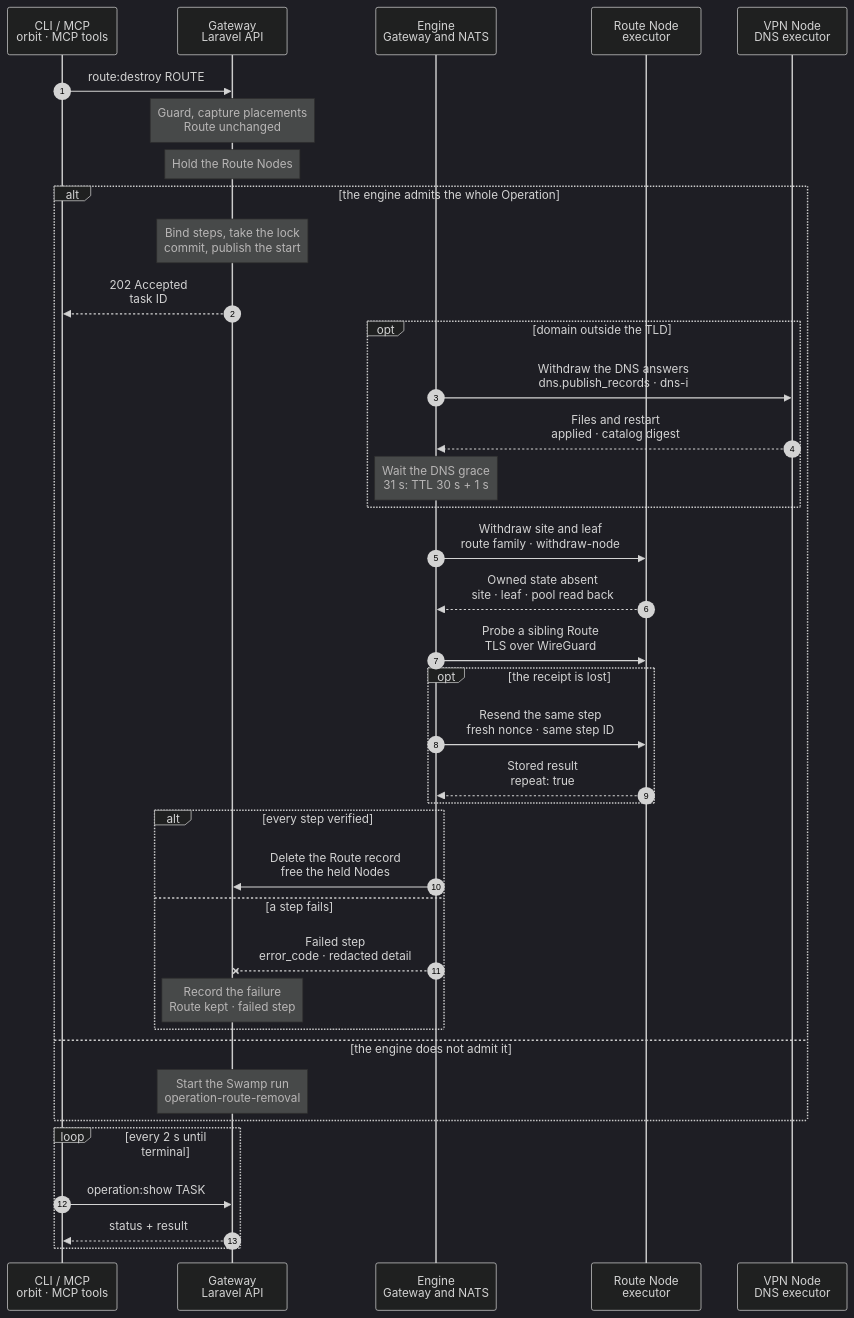
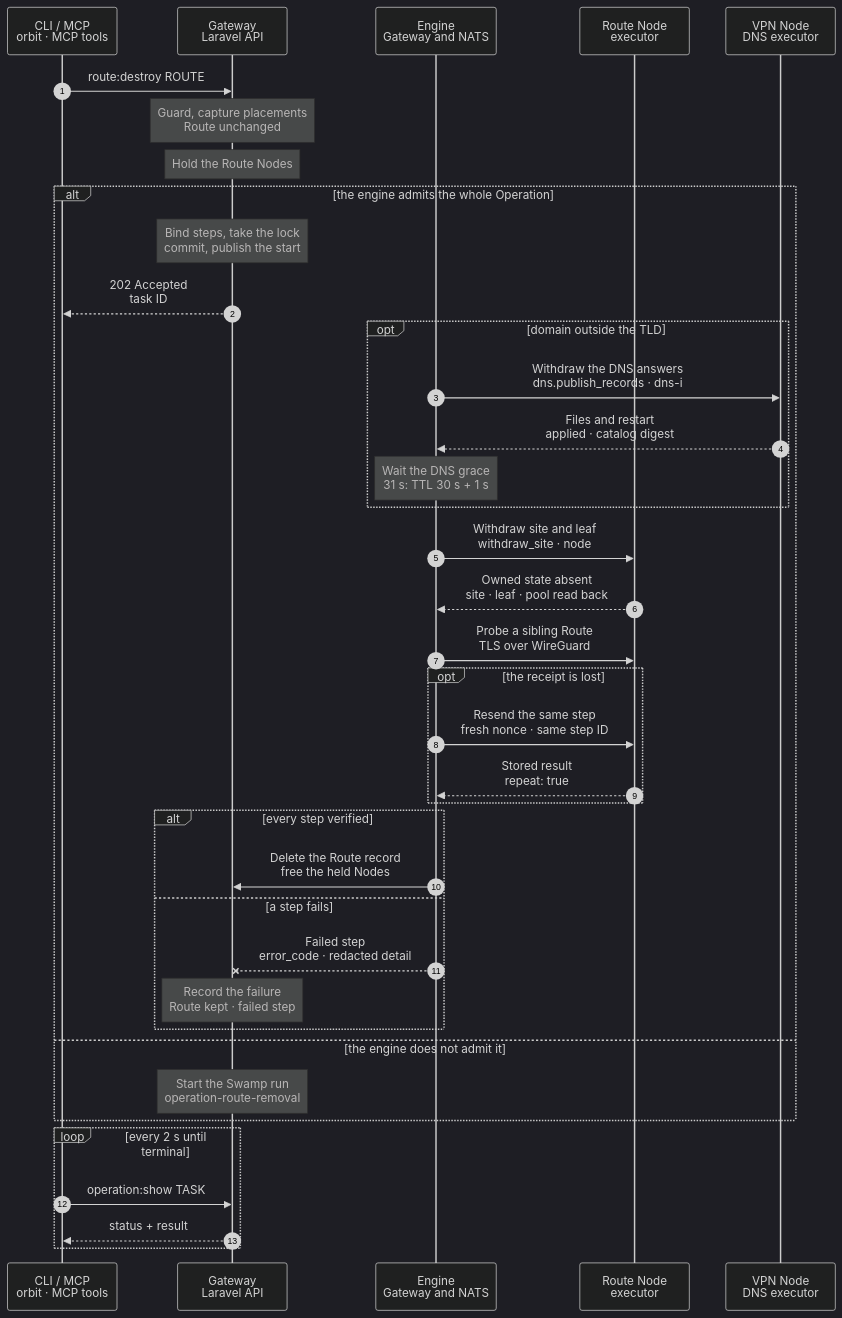
The diagram in docs/cli/route/engine/destroy.mmd (hardimpactdev/orbit), drawn with Mermaid (dark theme) before and after one commit. The commit also changed 26 other files, not shown here.

Commit message:
Run route.destroy on the signed executor: guarded DNS withdrawal, grace, site withdrawal and sibling probe

```diff
--- a/docs/cli/route/engine/destroy.mmd
+++ b/docs/cli/route/engine/destroy.mmd
@@ -1,80 +1,80 @@
 sequenceDiagram
-  %% route.destroy on the Gateway engine: the steps of route/destroy.mmd (workflow operation-route-removal) as `dns` and `route` family primitives. Design for ADR 0267 and ADR 0271; no engine flow exists yet. Step names describe effects; the implementation settles action names unless an existing action is named.
-  %% Reuses `dns.publish_records` for the DNS withdrawal; the site withdrawal is a new `route` family primitive that route/engine/update.mmd and the planned Route steps of instance/container/destroy-engine.mmd reuse.
-  %% status: draft
+  %% route.destroy on the Gateway engine: the steps of route/destroy.mmd (workflow operation-route-removal) as `dns` and `route` family primitives. Built for ADR 0267 and ADR 0271 (RouteDestroyEngineFlow); runtime proof pending.
+  %% Reuses `dns.publish_records` for the DNS withdrawal; the site withdrawal is `route.withdraw_site`, a `route` family primitive that route/engine/update.mmd and the planned Route steps of instance/container/destroy-engine.mmd reuse.
+  %% status: built
   %% command: route:destroy
   %% kind: route.destroy
   autonumber
   %% lane CLI icon=terminal pill=caller tone=gray
   %% lane GW icon=gateway pill=intent tone=blue
   %% lane EN icon=workflow pill=engine tone=purple
   %% lane N icon=server pill=executor tone=amber
   %% lane V icon=server pill=executor tone=green
   participant CLI as CLI / MCP<br/>orbit · MCP tools
   participant GW as Gateway<br/>Laravel API
   participant EN as Engine<br/>Gateway and NATS
   participant N as Route Node<br/>executor
   participant V as VPN Node<br/>DNS executor
   CLI->>GW: route:destroy ROUTE
   Note over GW: Guard, capture placements<br/>Route unchanged
   %%> Same guards and captured states as route/destroy.mmd
   Note over GW: Hold the Route Nodes
   %%> Same hold as Swamp: each Node that serves the site, from admission to the terminal state; a second Route write on one of them waits
   alt the engine admits the whole Operation
     %%> Admission, one decision per Operation (EngineKinds::routes):
     %%> - `route.destroy` is in `ORBIT_ENGINE_KINDS`
-    %%> - every Node a step touches reports its action in `$KV.NODES`: `dns.publish_records` (exists) on each VPN Node, the site withdrawal on each Route Node
-    %%> - each VPN Node also lists the guarded DNS input in its reported `features` (as `instance.t3_pairing` is listed); the existing decoder refuses unknown fields, so without the feature the whole removal stays on Swamp and never fails after a step acted
+    %%> - every Node a step touches reports its action in `$KV.NODES`: `dns.publish_records` (exists) on each VPN Node, `route.withdraw_site` on each Route Node
+    %%> - each VPN Node also lists the guarded DNS input, `dns.guarded_records`, in its reported `features` (as `instance.t3_pairing` is listed), checked by EngineKinds::routes from the step's `features`; the existing decoder refuses unknown fields, so without the feature the whole removal stays on Swamp and never fails after a step acted
     %%> - the flow accepts the plan shape; a part it does not cover throws `EngineUnsupported` before any order
-    %%> - eligible plan: an ordinary private Route with no URL write; `--offline`, a never-activated replacement (it restores the old domain's URL and DNS), LAN rules, an Ingress edge, `url_lines` for a surviving Route and any `env_files` write throw `EngineUnsupported`, so the application never keeps pointing at a withdrawn name
+    %%> - eligible plan: an ordinary private Route with no URL write; `--offline`, a pool change on a Node the Route does not leave, Caddy access or link writes, a never-activated replacement (it restores the old domain's URL and DNS), LAN rules, an Ingress edge, `url_lines` for a surviving Route and any `env_files` write throw `EngineUnsupported`, so the application never keeps pointing at a withdrawn name
     Note over GW: Bind steps, take the lock<br/>commit, publish the start
     %%> - the step rows and the Operation lock commit in one transaction before the start event; an Operation never moves between engines after this
     GW-->>CLI: 202 Accepted<br/>task ID
     opt domain outside the TLD
       EN->>V: Withdraw the DNS answers<br/>dns.publish_records · dns-i
       %%> Reuses `dns.publish_records` with the records and the catalog rendered without the Route, its Router answers (`overrides`) included; other Routes' records stay byte for byte
       %%> The guarded input (behind the feature above) carries, per file, the digest the Gateway rendered from and the digest of the desired bytes
       %%> Per file: live equals desired (this step already wrote it, also one half of a records/catalog pair) is kept; live equals the rendered-from digest is replaced; anything else refuses `owned_revision_conflict` and writes nothing, so unrelated changes are never overwritten
       %%> `dnsmasq --test`, then the restart, on every run, also a replay, so files written before a crash are loaded; a failed check puts the previous files back and restarts nothing
       V-->>EN: Files and restart<br/>applied · catalog digest
       Note over EN: Wait the DNS grace<br/>31 s: TTL 30 s + 1 s
-      %%> A Gateway step (`grace`) after `dns-i`, timed by a NATS schedule from the DNS receipt's time; a redelivered receipt or a resend never shortens it
-      %%> A retry Operation reads the recorded withdrawal time and waits only what is left of the 31 s
+      %%> A Gateway step (`grace`) after every `dns-i`: it waits until 31 s after the last recorded DNS receipt (`done_ms`); a redelivered receipt or a resend never moves that time, and a repeat of the step waits only what is left
+      %%> Differs from the draft: the wait runs in the Gateway step, not a NATS schedule, because the engine has no delayed-step primitive yet; a retry Operation is a new run, whose own DNS step (`applied: 0`) starts a full 31 s again, which is never shorter than the draft's
     end
-    EN->>N: Withdraw site and leaf<br/>route family · withdraw-node
-    %%> One Node-local transaction under the Node lock, as the Swamp withdrawal: read, merge the admitted captured states, compare every other site, scope and record byte for byte, keep the previous generation, test PHP-FPM and Caddy, then commit and reload; a failed reload puts the previous file back. Caddy and PHP-FPM reload on every run, also a replay that finds nothing to change, as `route.publish_site` does, so a crash after the commit still makes the withdrawal live
+    EN->>N: Withdraw site and leaf<br/>withdraw_site · node
+    %%> One Node-local primitive under the Node target lock: the live Caddyfile must equal the digest of the one the Gateway rendered from at admission, or already the desired bytes, so every other site stays byte for byte; then the pools are written and tested, the candidate Caddyfile is validated as `caddy` and moved in place. Differs from the draft: no previous generation is kept, because a candidate that fails validation never replaces the live file. Caddy and PHP-FPM reload on every run, also a replay that finds nothing to change, as `route.publish_site` does, so a crash after the commit still makes the withdrawal live
     %%> Removes the Route's owned Caddy site block, its leaf certificate folders and, for a development target, its PHP-FPM pool share; a repeat finds them absent and changes nothing (`applied: 0`)
-    %%> A live file that matches none of the captured states refuses before any write (`owned_revision_conflict`; a change outside the Route: `route.withdraw_foreign_change`)
+    %%> A live Caddyfile that matches neither digest refuses before any write (`owned_revision_conflict`)
     N-->>EN: Owned state absent<br/>site · leaf · pool read back
-    %%> Verification read-back in the same primitive: no owned site block, leaf folder or pool share remains, and Caddy validates the live file
+    %%> Verification read-back in the same primitive: the desired Caddyfile is live, no leaf folder remains, and Caddy's admin API (`127.0.0.1:2019/config/`) names none of the Route's domains (`route.withdraw_unverified`)
     EN->>N: Probe a sibling Route<br/>TLS over WireGuard
-    %%> A Gateway step (`probe-sibling`) as route.create's probe: a TLS handshake with another Route on the same Node, trusting only the Orbit root, proves Caddy still serves the rest; skipped when the Node serves no other Route
+    %%> A Gateway step (`sibling-node`) as route.create's probe: a TLS handshake with another Route on the same Node, trusting only the Orbit root, proves Caddy still serves the rest; skipped when the Node serves no other Route
     opt the receipt is lost
       EN->>N: Resend the same step<br/>fresh nonce · same step ID
       %%> When:
       %%> - the step passes its resend deadline with no receipt; two sends, one execution
       %%> - the Operation keeps its lock, so the Route and its held Nodes stays fenced; no other Operation and no Swamp run acts on it meanwhile
       %%> On the Node:
       %%> - the journal holds `done` for this Operation step, action and target: the executor answers the stored result with `repeat: true` and does not act again
       %%> - an order still `open` replays under the target lock first; an order that expired before the lock did nothing (`executor.order_expired`), and the step is sent again
       N-->>EN: Stored result<br/>repeat: true
     end
     alt every step verified
       EN->>GW: Delete the Route record<br/>free the held Nodes
       %%> - the kind's own projection records the result, the same rows a Swamp run records
     else a step fails
       EN--xGW: Failed step<br/>error_code · redacted detail
       %%> - a deterministic refusal is a terminal receipt too; the journal keeps it and a resend repeats it
       Note over GW: Record the failure<br/>Route kept · failed step
       %%> - what was withdrawn stays withdrawn; no rollback
       %%> - retry: the same command; the DNS step repeats with the same bytes (`applied: 0`) and each Node withdrawal converges
     end
   else the engine does not admit it
     Note over GW: Start the Swamp run<br/>operation-route-removal
     %%> - the kind is not enabled, a Node lacks the action, `$KV.NODES` is unreadable, or the flow throws `EngineUnsupported`: the whole Operation runs operation-route-removal (route/destroy.mmd)
     %%> - no step of it runs on the engine; an Operation never splits across engines
   end
   loop every 2 s until terminal
     CLI->>GW: operation:show TASK
     GW-->>CLI: status + result
   end
```
